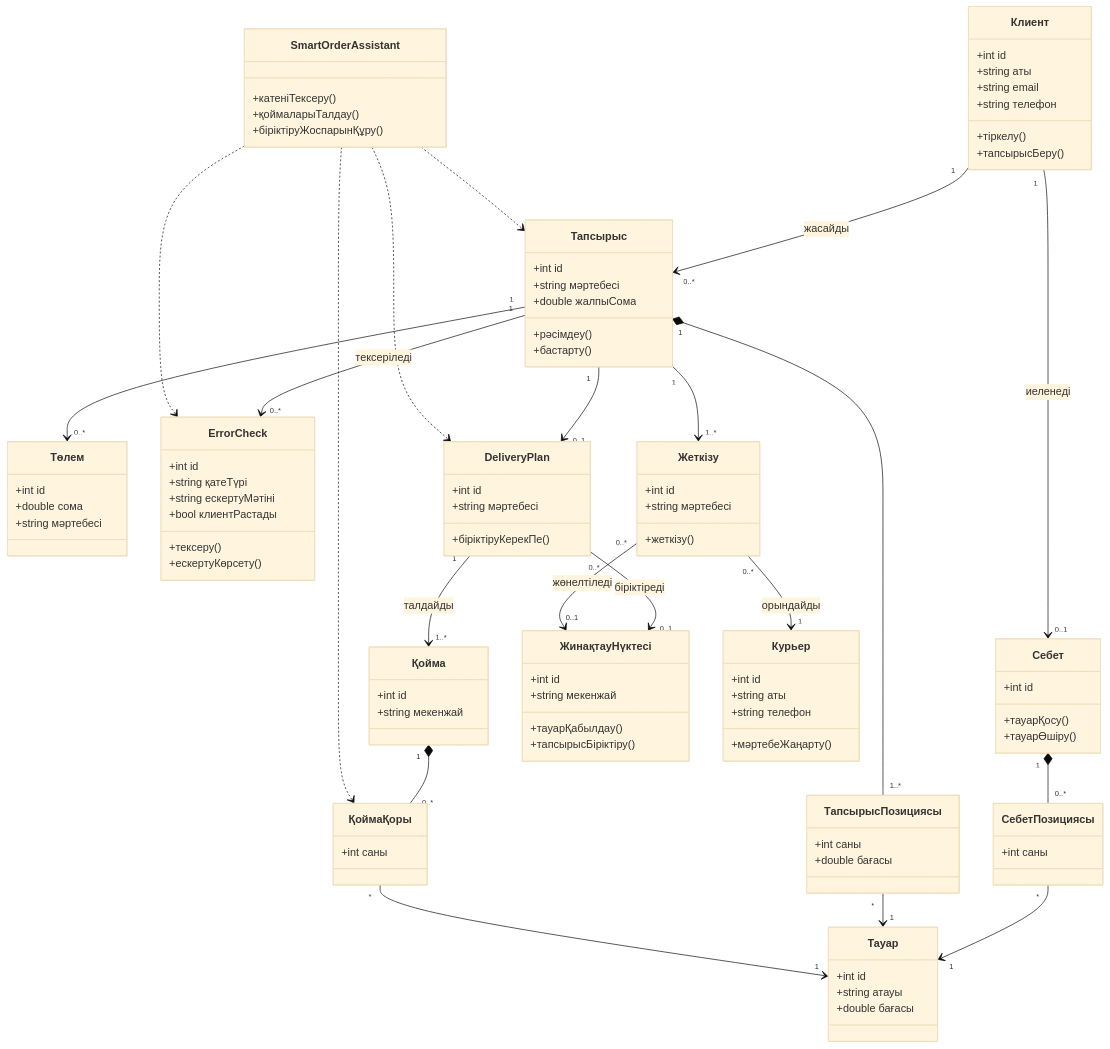
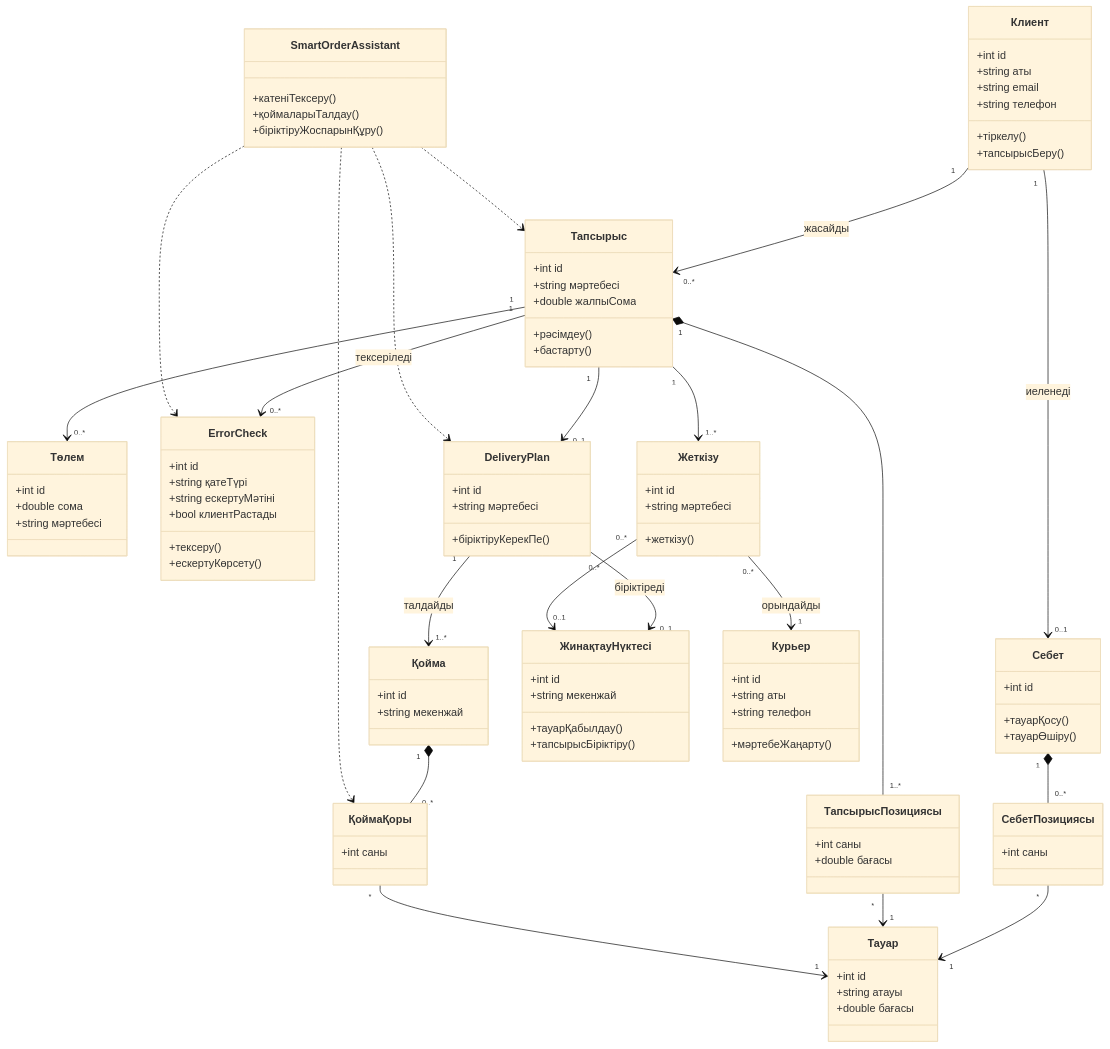
The diagram in docs/diagrams/class_diagram.md (tnurdana-creator/Online-Store), drawn with Mermaid (base theme) before and after one commit.

```diff
--- a/docs/diagrams/class_diagram.md
+++ b/docs/diagrams/class_diagram.md
@@ -96,7 +96,7 @@
     Тапсырыс "1" --> "1..*" Жеткізу
     DeliveryPlan "1" --> "1..*" Қойма : талдайды
     DeliveryPlan "0..*" --> "0..1" ЖинақтауНүктесі : біріктіреді
-    Жеткізу "0..*" --> "0..1" ЖинақтауНүктесі : жөнелтіледі
+    Жеткізу "0..*" --> "0..1" ЖинақтауНүктесі : 
     Жеткізу "0..*" --> "1" Курьер : орындайды
     Қойма "1" *-- "0..*" ҚоймаҚоры
     ҚоймаҚоры "*" --> "1" Тауар
```
